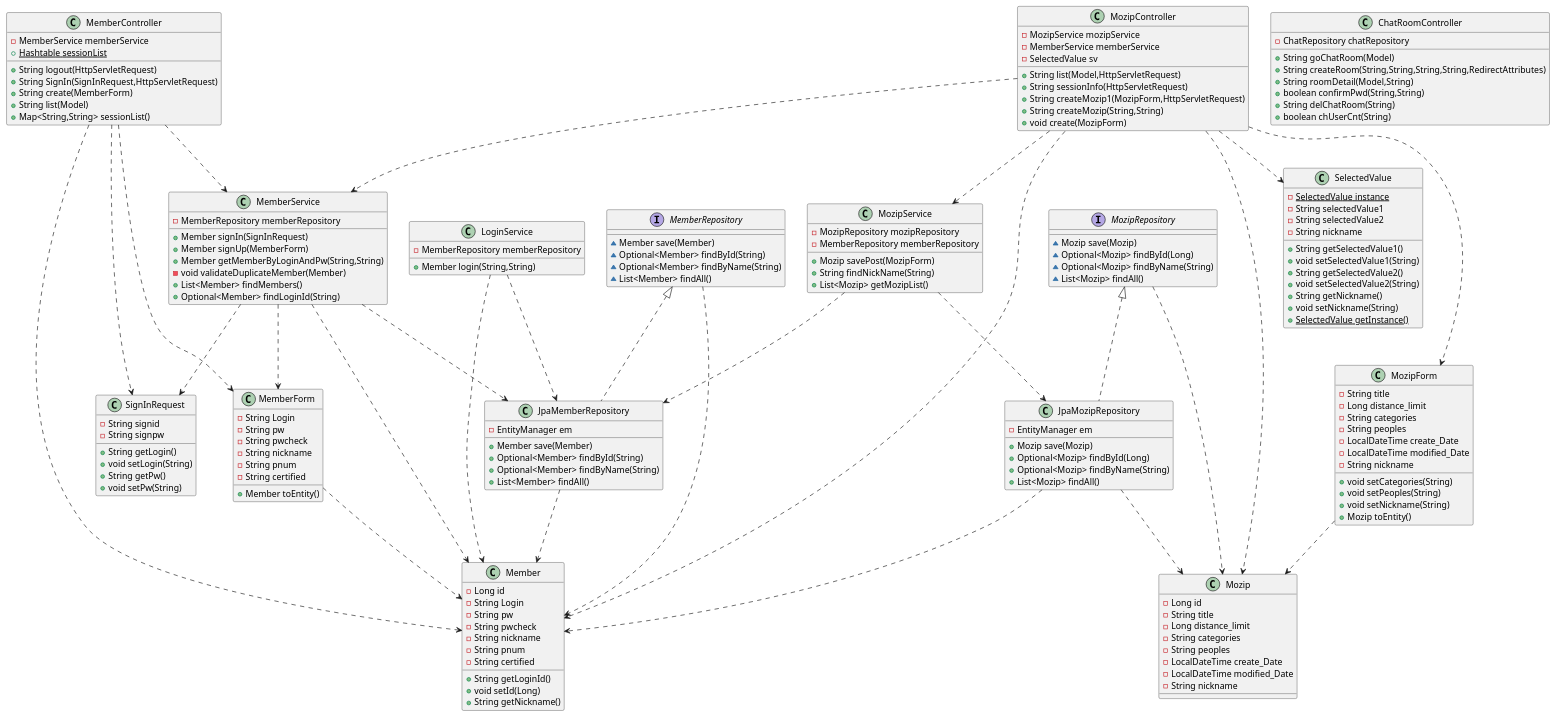
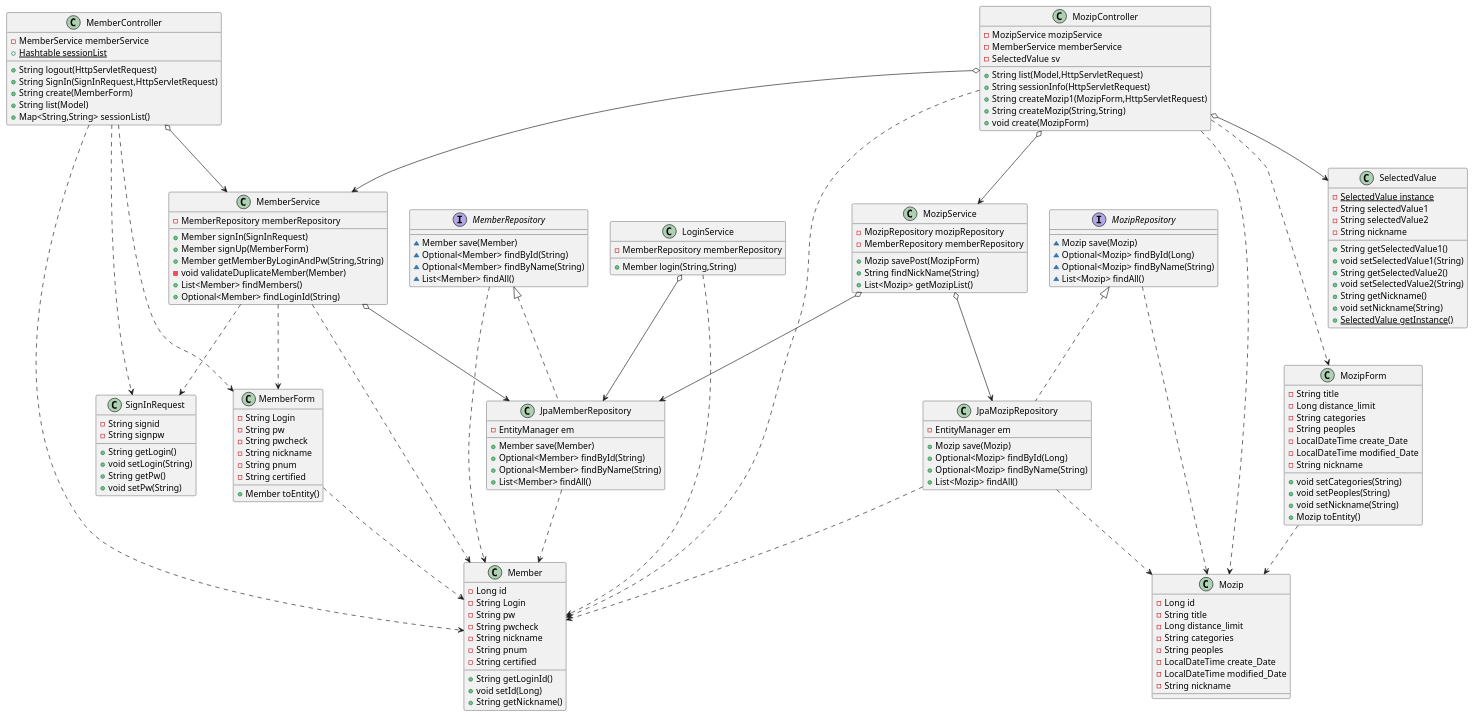
Before and after one commit to YoonJoony/Co-De: the diagram in DIagram/ClassDiagram(전체).puml, drawn with PlantUML. The commit also changed 1 other file, not shown here.

```diff
--- a/DIagram/ClassDiagram(전체).puml
+++ b/DIagram/ClassDiagram(전체).puml
@@ -1,189 +1,180 @@
 @startuml
 
 '로그인 및 회원가입 관련'
-MemberController..>MemberService
+MemberController o--> MemberService
 MemberController..>MemberForm
 MemberController..>Member
 MemberController..>SignInRequest
 
 MemberForm..>Member
 
 JpaMemberRepository..>Member
 
 MemberRepository..>Member
 MemberRepository <|.. JpaMemberRepository
 
 LoginService..>Member
-LoginService..>JpaMemberRepository
+LoginService o--> JpaMemberRepository
 
 MemberService..>SignInRequest
 MemberService..>MemberForm
 MemberService..>Member
-MemberService..>JpaMemberRepository
+MemberService o--> JpaMemberRepository
 
 '모집글 관련'
-MozipController..>MozipService
-MozipController..>MemberService
+MozipController o--> MozipService
+MozipController o--> MemberService
+MozipController o--> SelectedValue
 MozipController..>Member
 MozipController..>Mozip
 MozipController..>MozipForm
-MozipController..>SelectedValue
 
 MozipForm..>Mozip
 
 JpaMozipRepository..>Member
 JpaMozipRepository..>Mozip
 
 MozipRepository..>Mozip
 MozipRepository <|.. JpaMozipRepository
 
-MozipService..>JpaMemberRepository
-MozipService..>JpaMozipRepository
+MozipService o--> JpaMemberRepository
+MozipService o--> JpaMozipRepository
 
 class LoginService {
 - MemberRepository memberRepository
 + Member login(String,String)
 }
 class MemberForm {
 - String Login
 - String pw
 - String pwcheck
 - String nickname
 - String pnum
 - String certified
 + Member toEntity()
 }
 
-class ChatRoomController {
-- ChatRepository chatRepository
-+ String goChatRoom(Model)
-+ String createRoom(String,String,String,String,RedirectAttributes)
-+ String roomDetail(Model,String)
-+ boolean confirmPwd(String,String)
-+ String delChatRoom(String)
-+ boolean chUserCnt(String)
-}
 class MozipForm {
 - String title
 - Long distance_limit
 - String categories
 - String peoples
 - LocalDateTime create_Date
 - LocalDateTime modified_Date
 - String nickname
 + void setCategories(String)
 + void setPeoples(String)
 + void setNickname(String)
 + Mozip toEntity()
 }
 
 class MemberService {
 - MemberRepository memberRepository
 + Member signIn(SignInRequest)
 + Member signUp(MemberForm)
 + Member getMemberByLoginAndPw(String,String)
 - void validateDuplicateMember(Member)
 + List<Member> findMembers()
 + Optional<Member> findLoginId(String)
 }
 interface MemberRepository {
 ~ Member save(Member)
 ~ Optional<Member> findById(String)
 ~ Optional<Member> findByName(String)
 ~ List<Member> findAll()
 }
 
 class MozipService {
 - MozipRepository mozipRepository
 - MemberRepository memberRepository
 + Mozip savePost(MozipForm)
 + String findNickName(String)
 + List<Mozip> getMozipList()
 }
 
 class MozipController {
 - MozipService mozipService
 - MemberService memberService
 - SelectedValue sv
 + String list(Model,HttpServletRequest)
 + String sessionInfo(HttpServletRequest)
 + String createMozip1(MozipForm,HttpServletRequest)
 + String createMozip(String,String)
 + void create(MozipForm)
 }
 class JpaMemberRepository {
 - EntityManager em
 + Member save(Member)
 + Optional<Member> findById(String)
 + Optional<Member> findByName(String)
 + List<Member> findAll()
 }
 class SignInRequest {
 - String signid
 - String signpw
 + String getLogin()
 + void setLogin(String)
 + String getPw()
 + void setPw(String)
 }
 
 class Member {
 - Long id
 - String Login
 - String pw
 - String pwcheck
 - String nickname
 - String pnum
 - String certified
 + String getLoginId()
 + void setId(Long)
 + String getNickname()
 }
 class Mozip {
 - Long id
 - String title
 - Long distance_limit
 - String categories
 - String peoples
 - LocalDateTime create_Date
 - LocalDateTime modified_Date
 - String nickname
 }
 class MemberController {
 - MemberService memberService
 + {static} Hashtable sessionList
 + String logout(HttpServletRequest)
 + String SignIn(SignInRequest,HttpServletRequest)
 + String create(MemberForm)
 + String list(Model)
 + Map<String,String> sessionList()
 }
 interface MozipRepository {
 ~ Mozip save(Mozip)
 ~ Optional<Mozip> findById(Long)
 ~ Optional<Mozip> findByName(String)
 ~ List<Mozip> findAll()
 }
 class JpaMozipRepository {
 - EntityManager em
 + Mozip save(Mozip)
 + Optional<Mozip> findById(Long)
 + Optional<Mozip> findByName(String)
 + List<Mozip> findAll()
 }
 
 class SelectedValue {
 - {static} SelectedValue instance
 - String selectedValue1
 - String selectedValue2
 - String nickname
 + String getSelectedValue1()
 + void setSelectedValue1(String)
 + String getSelectedValue2()
 + void setSelectedValue2(String)
 + String getNickname()
 + void setNickname(String)
 + {static} SelectedValue getInstance()
 }
 
 @enduml
```
